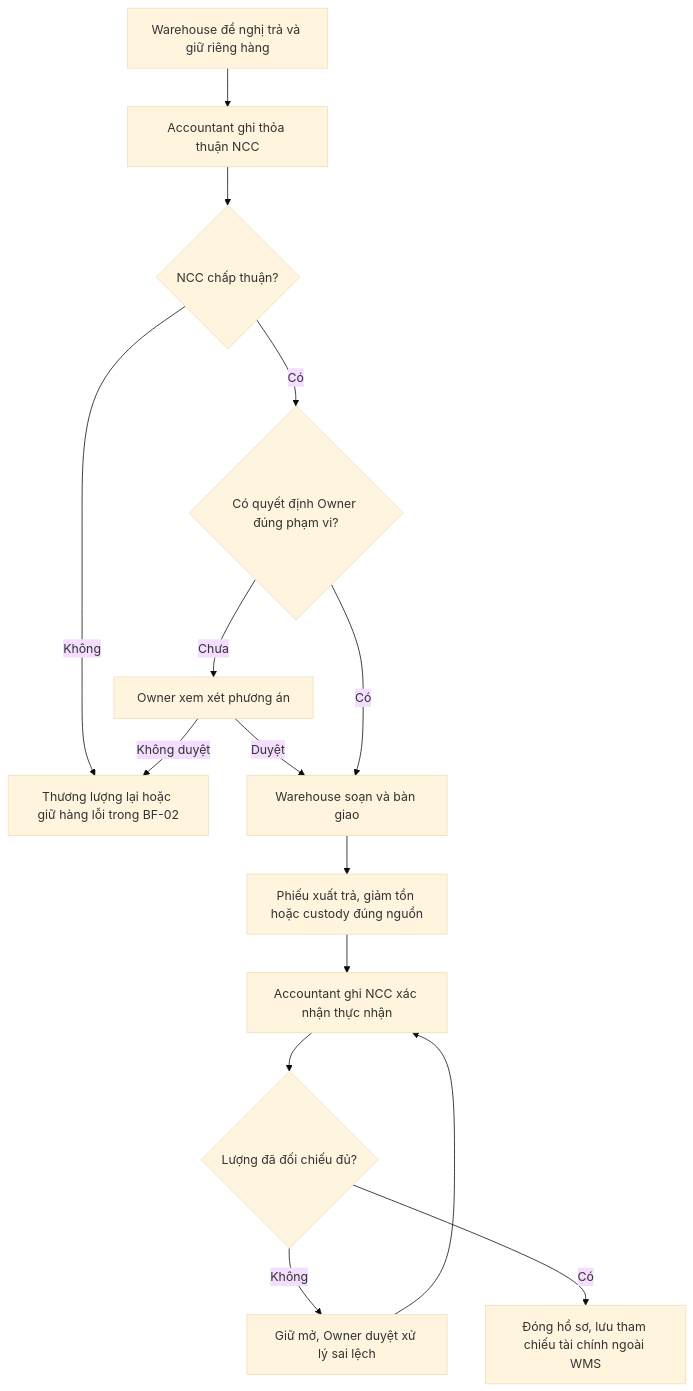
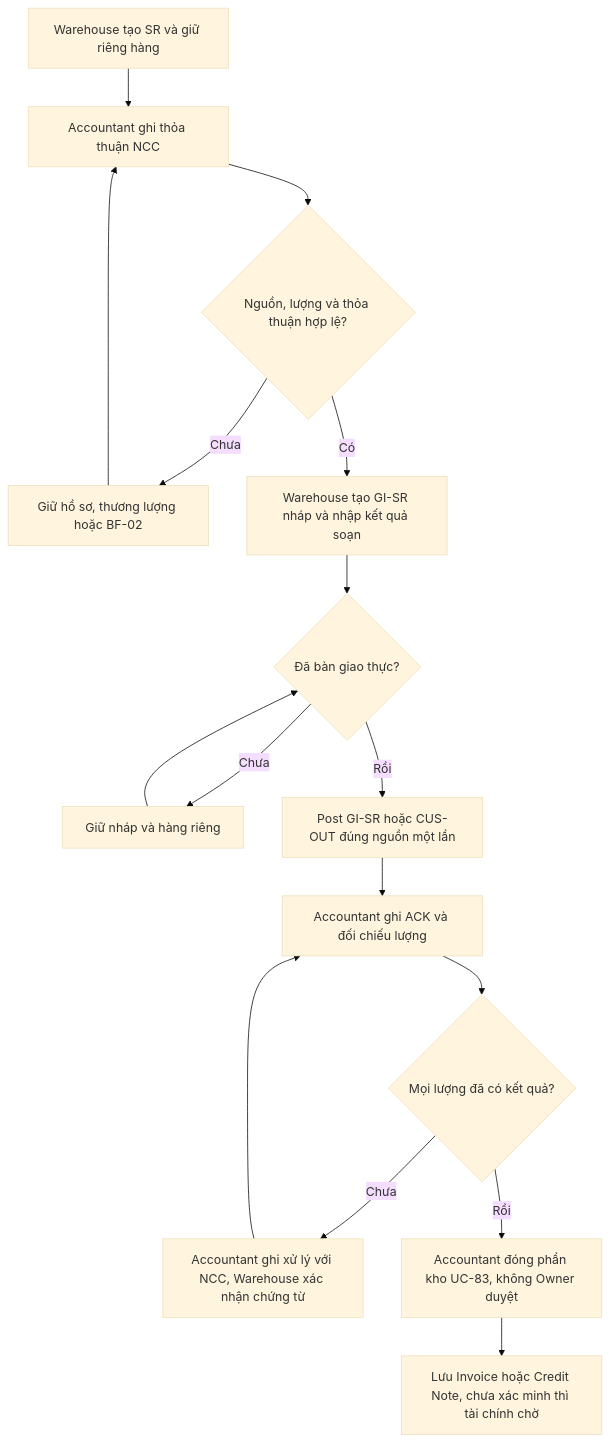
The ninth of 9 diagrams in docs/02_nghiep_vu/de_xuat_quy_trinh_2_VI.md (minhbach032003/docs_doan), drawn with Mermaid (base theme) before and after one commit. The commit also changed other lines of this file and 3 other files, not shown here.

````diff
--- a/docs/02_nghiep_vu/de_xuat_quy_trinh_2_VI.md
+++ b/docs/02_nghiep_vu/de_xuat_quy_trinh_2_VI.md
@@ -809,17 +854,18 @@
 ```mermaid
 flowchart TD
- A[Warehouse đề nghị trả và giữ riêng hàng] --> B[Accountant ghi thỏa thuận NCC]
- B --> C{NCC chấp thuận?}
- C -->|Không| D[Thương lượng lại hoặc giữ hàng lỗi trong BF-02]
- C -->|Có| E{Có quyết định Owner đúng phạm vi?}
- E -->|Chưa| F[Owner xem xét phương án]
- F -->|Duyệt| G[Warehouse soạn và bàn giao]
- F -->|Không duyệt| D
- E -->|Có| G
- G --> H[Phiếu xuất trả, giảm tồn hoặc custody đúng nguồn]
- H --> I[Accountant ghi NCC xác nhận thực nhận]
- I --> J{Lượng đã đối chiếu đủ?}
- J -->|Không| K[Giữ mở, Owner duyệt xử lý sai lệch]
- K --> I
- J -->|Có| L[Đóng hồ sơ, lưu tham chiếu tài chính ngoài WMS]
+ A[Warehouse tạo SR và giữ riêng hàng] --> B[Accountant ghi thỏa thuận NCC]
+ B --> C{Nguồn, lượng và thỏa thuận hợp lệ?}
+ C -->|Chưa| D[Giữ hồ sơ, thương lượng hoặc BF-02]
+ D --> B
+ C -->|Có| G[Warehouse tạo GI-SR nháp và nhập kết quả soạn]
+ G --> H{Đã bàn giao thực?}
+ H -->|Chưa| W[Giữ nháp và hàng riêng]
+ W --> H
+ H -->|Rồi| I[Post GI-SR hoặc CUS-OUT đúng nguồn một lần]
+ I --> J[Accountant ghi ACK và đối chiếu lượng]
+ J --> K{Mọi lượng đã có kết quả?}
+ K -->|Chưa| M[Accountant ghi xử lý với NCC, Warehouse xác nhận chứng từ]
+ M --> J
+ K -->|Rồi| L[Accountant đóng phần kho UC-83, không Owner duyệt]
+ L --> N[Lưu Invoice hoặc Credit Note, chưa xác minh thì tài chính chờ]
 ```
````
